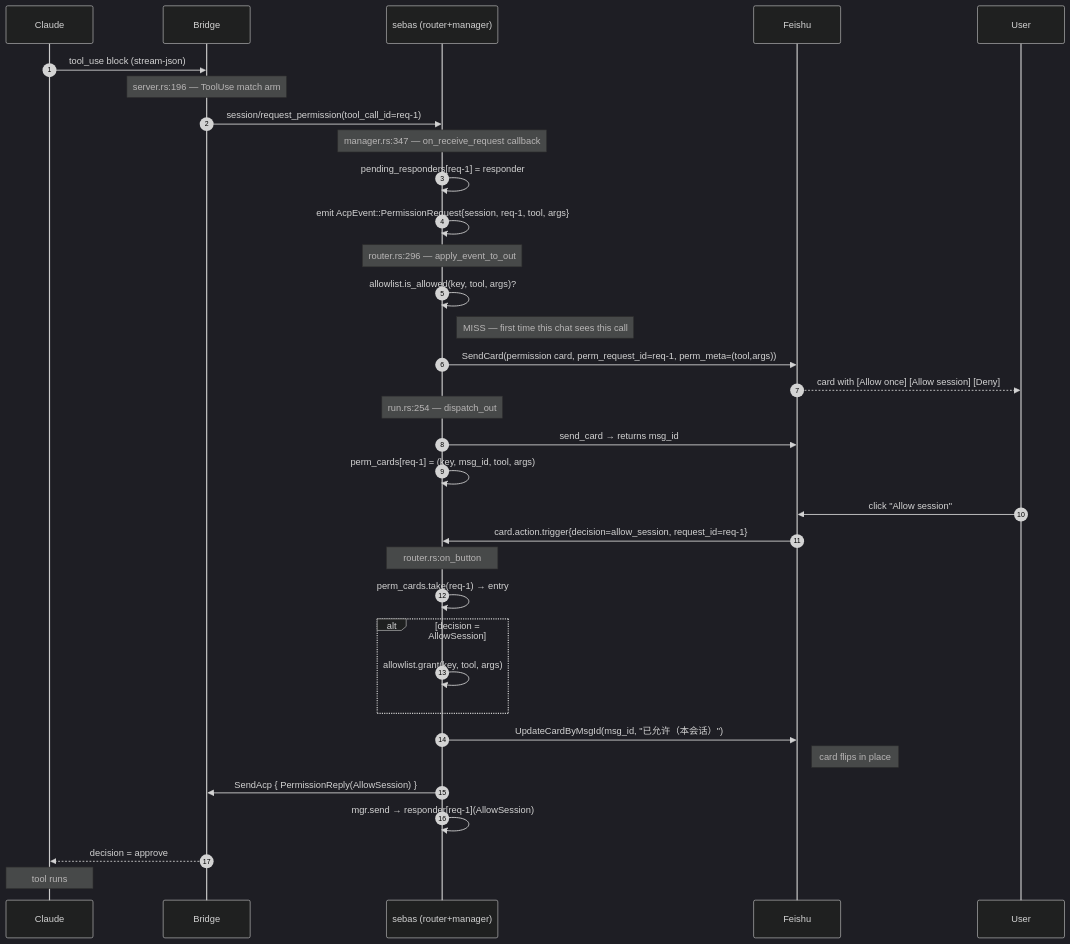
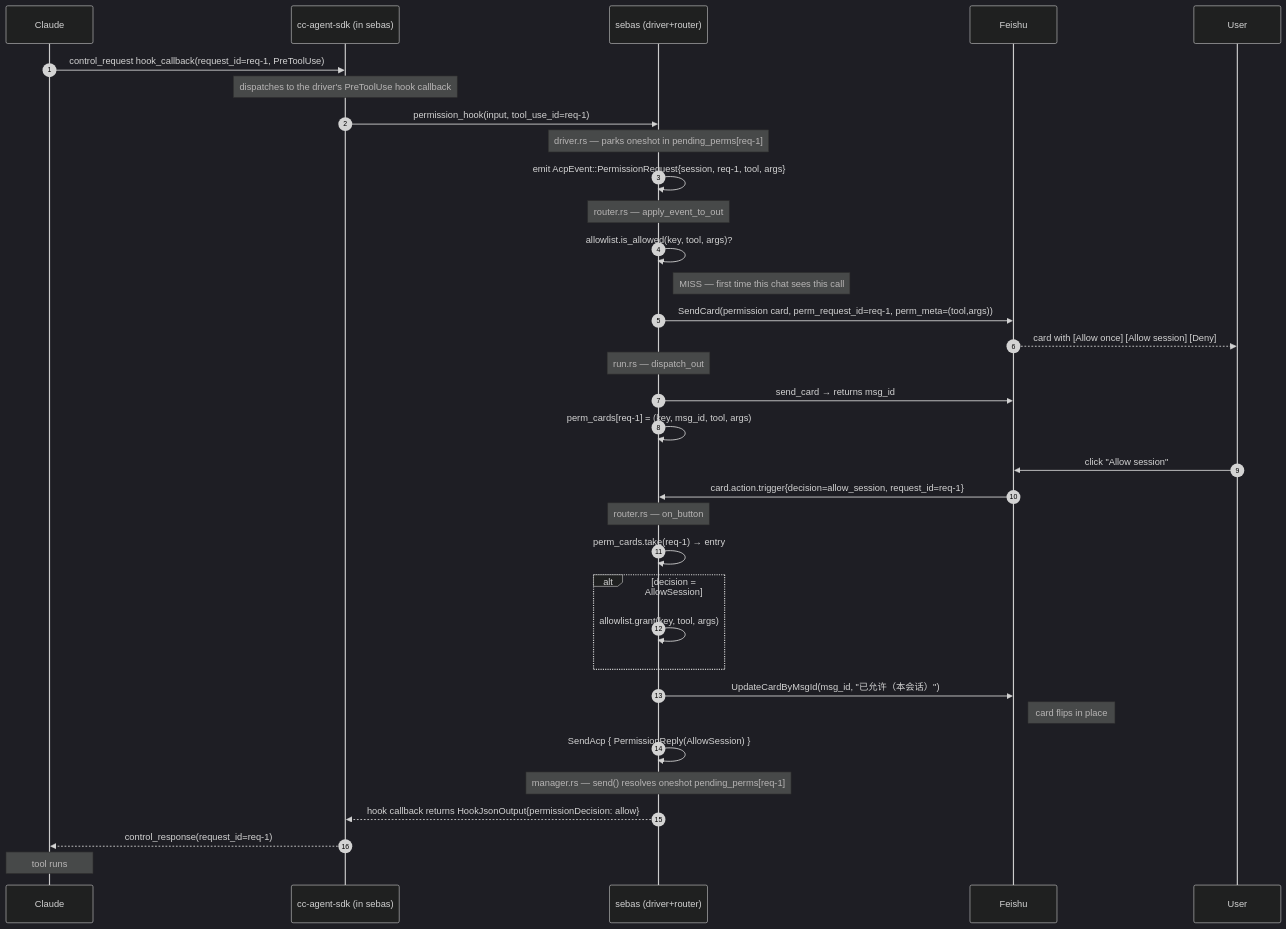
Before and after one commit to cupen/sebas: the first of 4 diagrams in docs/perm-flow/sequence.md, drawn with Mermaid (dark theme). The commit also changed other lines of this file and 30 other files, not shown here.

First line of the commit message:
chore: remove ACP bridge legacy (crate, hook script, ACP dependency)

````diff
--- a/docs/perm-flow/sequence.md
+++ b/docs/perm-flow/sequence.md
@@ -20,44 +25,44 @@
 ```mermaid
 sequenceDiagram
     autonumber
     participant Claude
-    participant Bridge
-    participant Sebas as sebas (router+manager)
+    participant SDK as cc-agent-sdk (in sebas)
+    participant Sebas as sebas (driver+router)
     participant Feishu
     participant User
 
-    Claude->>Bridge: tool_use block (stream-json)
-    Note over Bridge: server.rs:196 — ToolUse match arm
+    Claude->>SDK: control_request hook_callback(request_id=req-1, PreToolUse)
+    Note over SDK: dispatches to the driver's PreToolUse hook callback
 
-    Bridge->>Sebas: session/request_permission(tool_call_id=req-1)
-    Note over Sebas: manager.rs:347 — on_receive_request callback
-    Sebas->>Sebas: pending_responders[req-1] = responder
+    SDK->>Sebas: permission_hook(input, tool_use_id=req-1)
+    Note over Sebas: driver.rs — parks oneshot in pending_perms[req-1]
     Sebas->>Sebas: emit AcpEvent::PermissionRequest{session, req-1, tool, args}
 
-    Note over Sebas: router.rs:296 — apply_event_to_out
+    Note over Sebas: router.rs — apply_event_to_out
     Sebas->>Sebas: allowlist.is_allowed(key, tool, args)?
     Note right of Sebas: MISS — first time this chat sees this call
 
     Sebas->>Feishu: SendCard(permission card, perm_request_id=req-1, perm_meta=(tool,args))
     Feishu-->>User: card with [Allow once] [Allow session] [Deny]
 
-    Note over Sebas: run.rs:254 — dispatch_out
+    Note over Sebas: run.rs — dispatch_out
     Sebas->>Feishu: send_card → returns msg_id
     Sebas->>Sebas: perm_cards[req-1] = (key, msg_id, tool, args)
 
     User->>Feishu: click "Allow session"
     Feishu->>Sebas: card.action.trigger{decision=allow_session, request_id=req-1}
 
-    Note over Sebas: router.rs:on_button
+    Note over Sebas: router.rs — on_button
     Sebas->>Sebas: perm_cards.take(req-1) → entry
     alt decision = AllowSession
         Sebas->>Sebas: allowlist.grant(key, tool, args)
     end
     Sebas->>Feishu: UpdateCardByMsgId(msg_id, "已允许（本会话）")
     Note right of Feishu: card flips in place
-    Sebas->>Bridge: SendAcp { PermissionReply(AllowSession) }
-    Sebas->>Sebas: mgr.send → responder[req-1](AllowSession)
+    Sebas->>Sebas: SendAcp { PermissionReply(AllowSession) }
+    Note over Sebas: manager.rs — send() resolves oneshot pending_perms[req-1]
 
-    Bridge-->>Claude: decision = approve
+    Sebas-->>SDK: hook callback returns HookJsonOutput{permissionDecision: allow}
+    SDK-->>Claude: control_response(request_id=req-1)
     Note over Claude: tool runs
 ```
````
